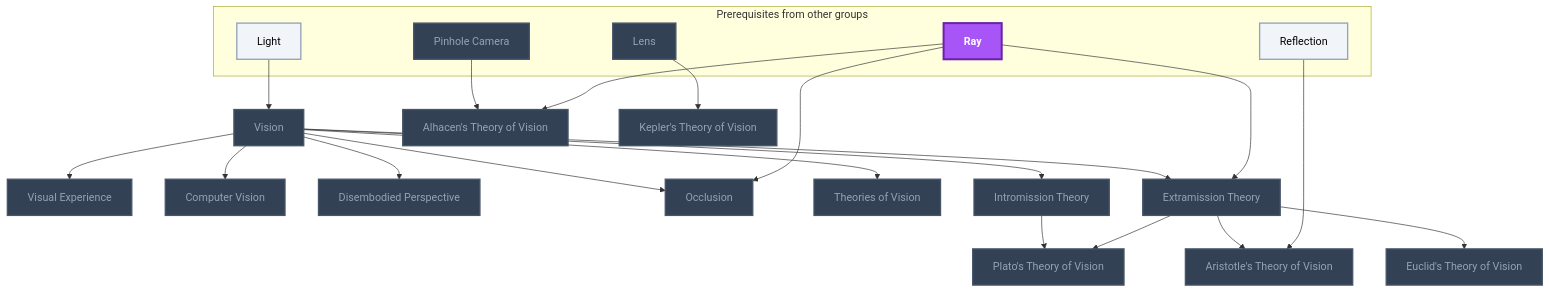
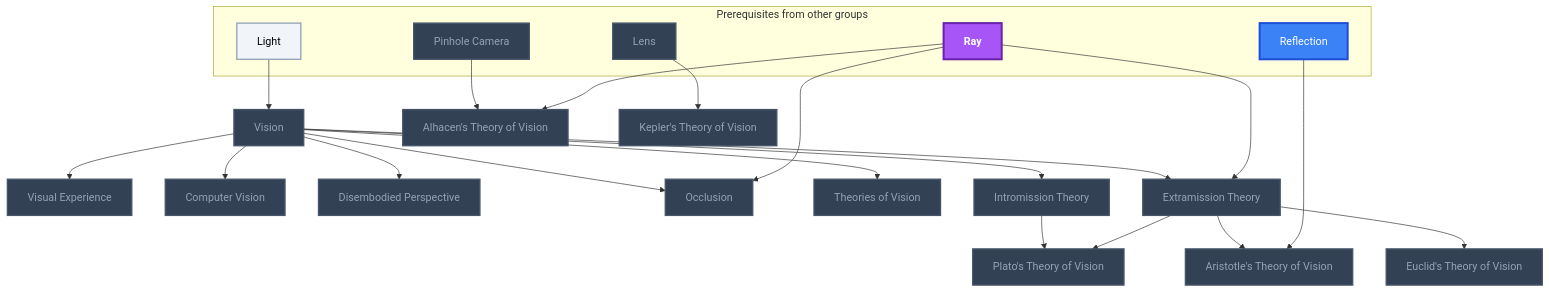
The first of 11 diagrams in Gamification/Skill Trees/Computer Vision.md (MRauf1/My-Notes), drawn with Mermaid before and after one commit. The commit also changed other lines of this file and 145 other files, not shown here.

````diff
--- a/Gamification/Skill Trees/Computer Vision.md
+++ b/Gamification/Skill Trees/Computer Vision.md
@@ -17,54 +17,55 @@
 ```mermaid
 flowchart TD
     classDef planned fill:#1E293B,stroke:#64748B,stroke-width:2px,stroke-dasharray:5 5,color:#94A3B8;
     classDef locked fill:#334155,stroke:#475569,stroke-width:2px,color:#94A3B8;
     classDef L0 fill:#F1F5F9,stroke:#94A3B8,stroke-width:2px,color:#000000;
     classDef L1 fill:#22C55E,stroke:#15803D,stroke-width:2px,color:#000000;
     classDef L2 fill:#3B82F6,stroke:#1D4ED8,stroke-width:3px,color:#FFFFFF;
     classDef L3 fill:#A855F7,stroke:#6B21A8,stroke-width:3px,color:#FFFFFF,font-weight:bold;
     classDef L4 fill:#F97316,stroke:#C2410C,stroke-width:4px,color:#000000,font-weight:bold;
     classDef L5 fill:#FFD700,stroke:#FF8C00,stroke-width:5px,color:#000000,font-weight:bold;
     classDef rusty stroke:#8B4513,stroke-width:4px,stroke-dasharray:3 3;
     subgraph sg_prereqs["Prerequisites from other groups"]
         n_light["Light"]
         n_ray["Ray"]
         n_reflection["Reflection"]
         n_pinhole_camera["Pinhole Camera"]
         n_lens["Lens"]
     end
     n_vision["Vision"]
     n_visual_experience["Visual Experience"]
     n_computer_vision["Computer Vision"]
     n_disembodied_perspective["Disembodied Perspective"]
     n_occlusion["Occlusion"]
     n_theories_of_vision["Theories of Vision"]
     n_extramission_theory["Extramission Theory"]
     n_intromission_theory["Intromission Theory"]
     n_plato_s_theory_of_vision["Plato's Theory of Vision"]
     n_aristotle_s_theory_of_vision["Aristotle's Theory of Vision"]
     n_euclid_s_theory_of_vision["Euclid's Theory of Vision"]
     n_alhacen_s_theory_of_vision["Alhacen's Theory of Vision"]
     n_kepler_s_theory_of_vision["Kepler's Theory of Vision"]
     n_light --> n_vision
     n_vision --> n_visual_experience
     n_vision --> n_computer_vision
     n_vision --> n_disembodied_perspective
     n_ray --> n_occlusion
     n_vision --> n_occlusion
     n_vision --> n_theories_of_vision
     n_ray --> n_extramission_theory
     n_vision --> n_extramission_theory
     n_vision --> n_intromission_theory
     n_extramission_theory --> n_plato_s_theory_of_vision
     n_intromission_theory --> n_plato_s_theory_of_vision
     n_reflection --> n_aristotle_s_theory_of_vision
     n_extramission_theory --> n_aristotle_s_theory_of_vision
     n_extramission_theory --> n_euclid_s_theory_of_vision
     n_ray --> n_alhacen_s_theory_of_vision
     n_pinhole_camera --> n_alhacen_s_theory_of_vision
     n_lens --> n_kepler_s_theory_of_vision
     class n_pinhole_camera,n_lens,n_vision,n_visual_experience,n_computer_vision,n_disembodied_perspective,n_occlusion,n_theories_of_vision,n_extramission_theory,n_intromission_theory,n_plato_s_theory_of_vision,n_aristotle_s_theory_of_vision,n_euclid_s_theory_of_vision,n_alhacen_s_theory_of_vision,n_kepler_s_theory_of_vision locked;
-    class n_light,n_reflection L0;
+    class n_light L0;
+    class n_reflection L2;
     class n_ray L3;
     class n_light,n_ray,n_reflection,n_pinhole_camera,n_lens,n_vision,n_visual_experience,n_computer_vision,n_disembodied_perspective,n_occlusion,n_theories_of_vision,n_extramission_theory,n_intromission_theory,n_plato_s_theory_of_vision,n_aristotle_s_theory_of_vision,n_euclid_s_theory_of_vision,n_alhacen_s_theory_of_vision,n_kepler_s_theory_of_vision internal-link;
 ```
````
